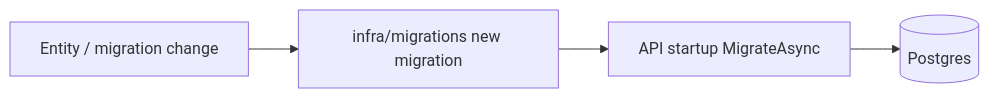
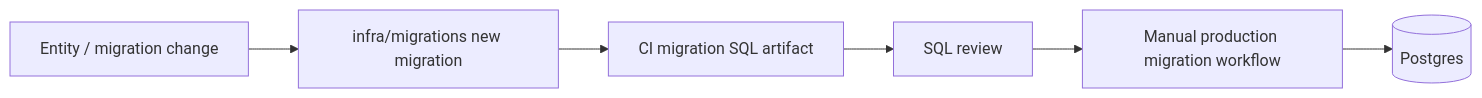
The second of 2 diagrams in docs/architecture/03-data-model.md (sshivanshg/TAZAkhabar), drawn with Mermaid before and after one commit. The commit also changed other lines of this file and 73 other files, not shown here.

Commit message:
Improve application architecture and user experience

````diff
--- a/docs/architecture/03-data-model.md
+++ b/docs/architecture/03-data-model.md
@@ -57,6 +62,8 @@
 ```mermaid
 flowchart LR
   Code[Entity / migration change] --> Mig[infra/migrations new migration]
-  Mig --> Boot[API startup MigrateAsync]
-  Boot --> Neon[(Postgres)]
+  Mig --> SQL[CI migration SQL artifact]
+  SQL --> Review[SQL review]
+  Review --> Apply[Manual production migration workflow]
+  Apply --> Neon[(Postgres)]
 ```
````
